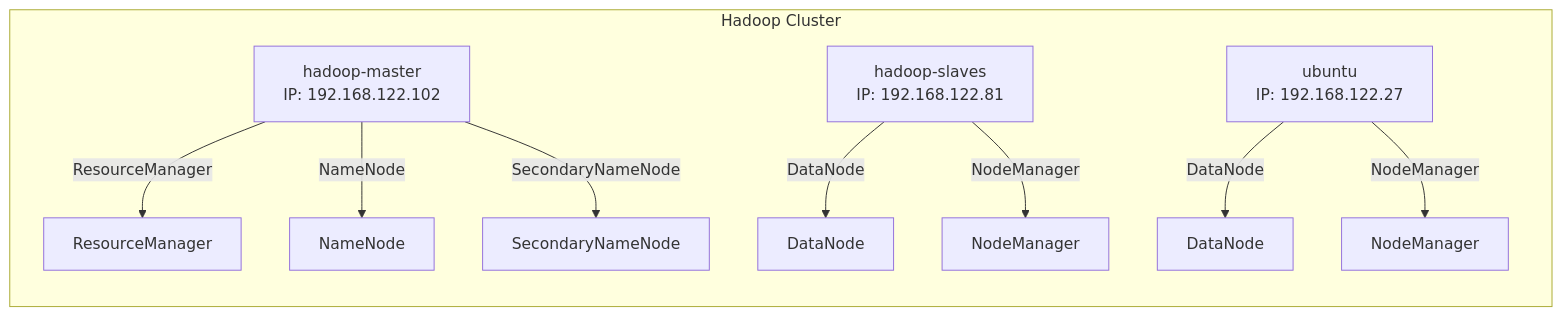
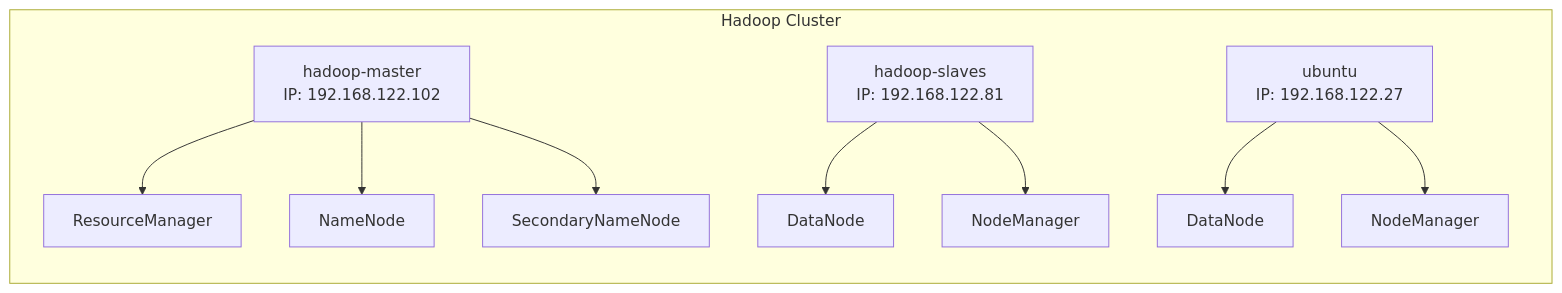
One commit to PhaTLa/devops_execution_history changed the fourth of 4 diagrams in Hadoop_Cluster/documentation.md. Above: the diagram before and after it, drawn with Mermaid. The commit also changed 1 other file, not shown here.

Commit message:
update documentation md and html

````diff
--- a/Hadoop_Cluster/documentation.md
+++ b/Hadoop_Cluster/documentation.md
@@ -198,18 +198,18 @@
 ```mermaid
 graph TD;
         subgraph Hadoop Cluster
                 direction TB;
                 A[hadoop-master<br>IP: 192.168.122.102]
-                A -->|ResourceManager| RM[ResourceManager]
-                A -->|NameNode| NN[NameNode]
-                A -->|SecondaryNameNode| SNN[SecondaryNameNode]
+                A --> RM[ResourceManager]
+                A --> NN[NameNode]
+                A --> SNN[SecondaryNameNode]
                 
                 B[hadoop-slaves<br>IP: 192.168.122.81]
-                B -->|DataNode| DN1[DataNode]
-                B -->|NodeManager| NM1[NodeManager]
+                B --> DN1[DataNode]
+                B --> NM1[NodeManager]
                 
                 C[ubuntu<br>IP: 192.168.122.27]
-                C -->|DataNode| DN2[DataNode]
-                C -->|NodeManager| NM2[NodeManager]
+                C --> DN2[DataNode]
+                C --> NM2[NodeManager]
         end
 ```
````
